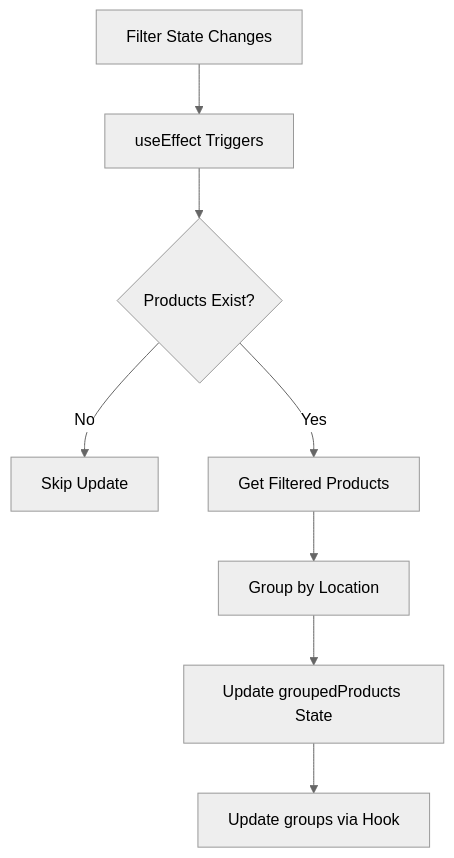
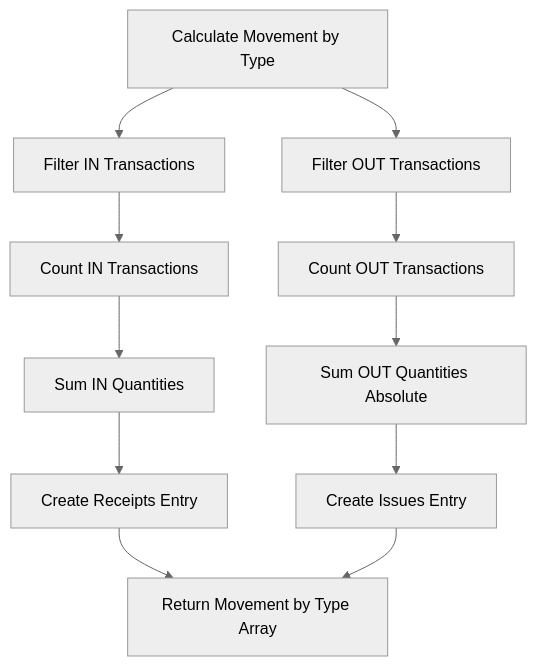
Diagram 16 of 16 in docs/app/inventory-management/stock-overview/stock-cards/FD-stock-cards.md (PeakMNA/carmen), drawn with Mermaid (neutral theme) before and after one commit. The commit also changed other lines of this file and 473 other files, not shown here.

````diff
--- a/docs/app/inventory-management/stock-overview/stock-cards/FD-stock-cards.md
+++ b/docs/app/inventory-management/stock-overview/stock-cards/FD-stock-cards.md
@@ -262,10 +364,15 @@
 ```mermaid
 flowchart TD
-    A[Filter State Changes] --> B[useEffect Triggers]
-    B --> C{Products Exist?}
-    C -->|No| D[Skip Update]
-    C -->|Yes| E[Get Filtered Products]
-    E --> F[Group by Location]
-    F --> G[Update groupedProducts State]
-    G --> H[Update groups via Hook]
+    A[Calculate Movement by Type] --> B[Filter IN Transactions]
+    B --> C[Count IN Transactions]
+    C --> D[Sum IN Quantities]
+    D --> E[Create Receipts Entry]
+
+    A --> F[Filter OUT Transactions]
+    F --> G[Count OUT Transactions]
+    G --> H[Sum OUT Quantities Absolute]
+    H --> I[Create Issues Entry]
+
+    E --> J[Return Movement by Type Array]
+    I --> J
 ```
````
